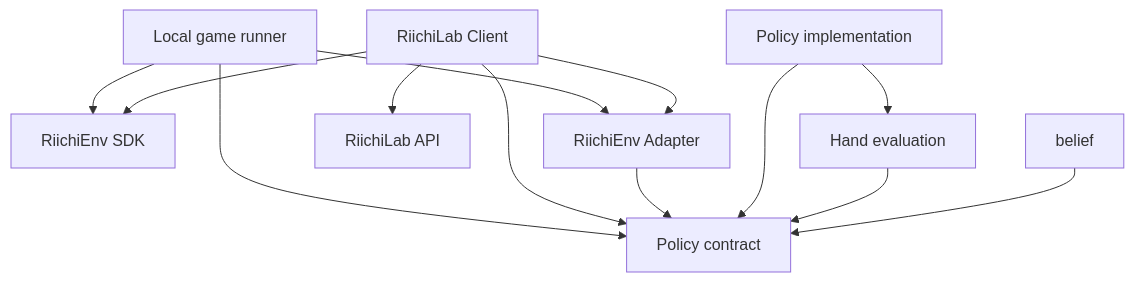
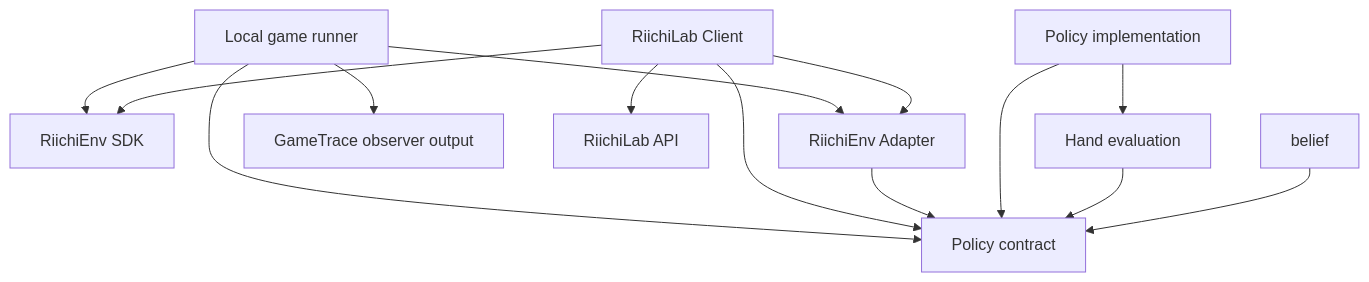
The diagram in docs/architecture.md (lisbun/lisjong), drawn with Mermaid before and after one commit. The commit also changed other lines of this file and 7 other files, not shown here.

Commit message:
feat: add GameTrace observability (#81)

````diff
--- a/docs/architecture.md
+++ b/docs/architecture.md
@@ -648,15 +673,16 @@
 ```mermaid
 flowchart TD
     Runner["Local game runner"] --> SDK["RiichiEnv SDK"]
     Runner --> Adapter["RiichiEnv Adapter"]
     Runner --> Contract["Policy contract"]
+    Runner --> Trace["GameTrace observer output"]
     Client["RiichiLab Client"] --> LabAPI["RiichiLab API"]
     Client --> SDK
     Client --> Adapter
     Client --> Contract
     Adapter --> Contract
     Impl["Policy implementation"] --> Contract
     Impl --> HandEval["Hand evaluation"]
     HandEval --> Contract
     Belief["belief"] --> Contract
 ```
````
